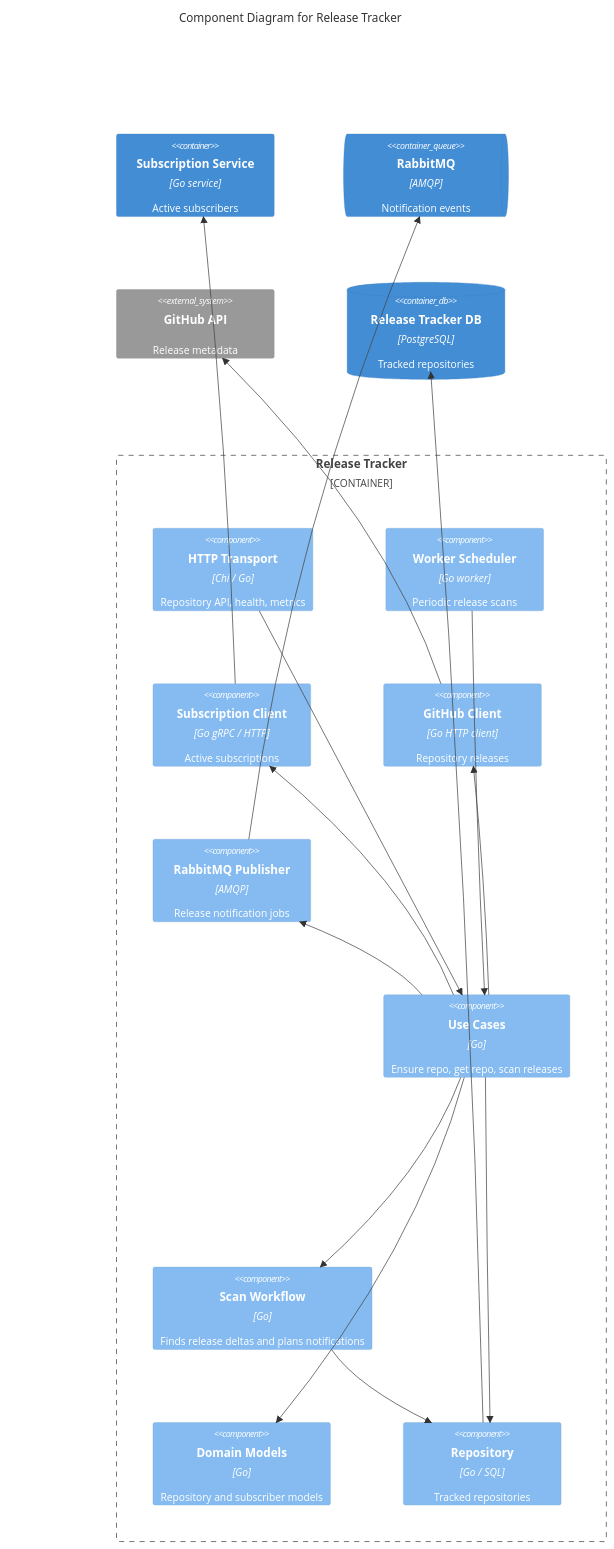
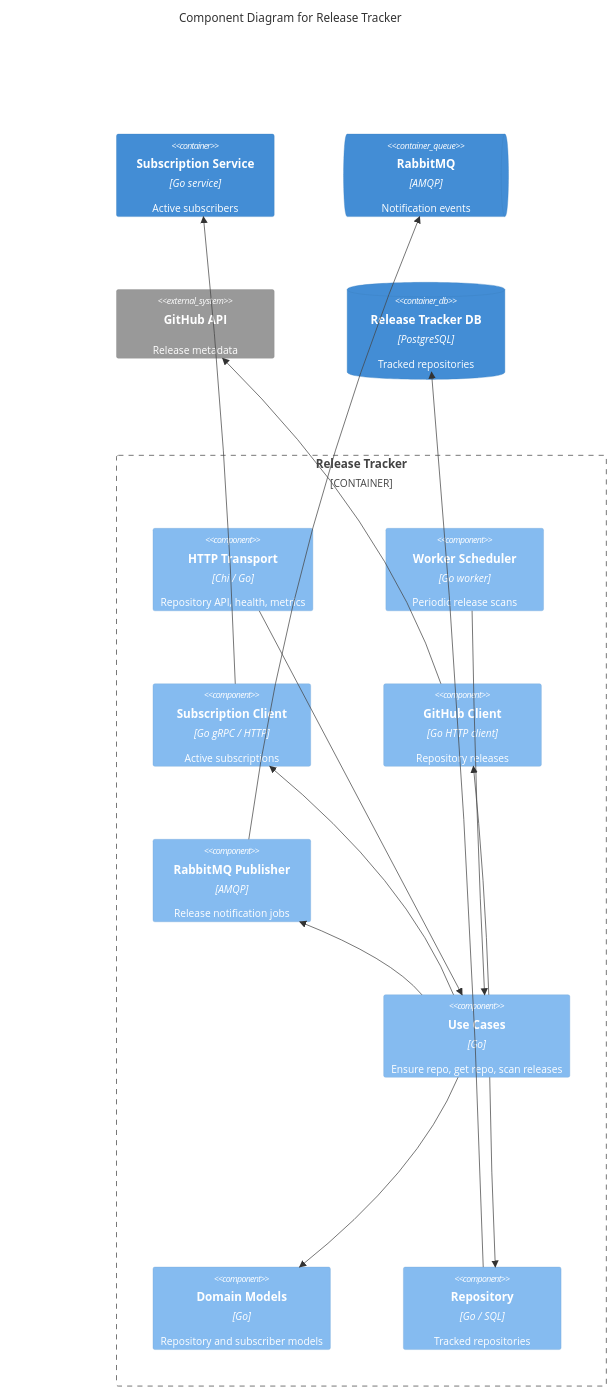
One commit to GenesisEducationKyiv/software-engineering-school-6-0-Oleg-amur changed the fourth of 5 diagrams in docs/architecture/architecture.md. Above: the diagram before and after it, drawn with Mermaid. The commit also changed other lines of this file and 4 other files, not shown here.

````diff
--- a/docs/architecture/architecture.md
+++ b/docs/architecture/architecture.md
@@ -173,48 +173,45 @@
 ```mermaid
 C4Component
     title Component Diagram for Release Tracker
 
     Container(subscription, "Subscription Service", "Go service", "Active subscribers")
     ContainerQueue(rabbitmq, "RabbitMQ", "AMQP", "Notification events")
     System_Ext(github, "GitHub API", "Release metadata")
 
     Container_Boundary(releaseTracker, "Release Tracker") {
         Component(httpTransport, "HTTP Transport", "Chi / Go", "Repository API, health, metrics")
         Component(scanner, "Worker Scheduler", "Go worker", "Periodic release scans")
         Component(subscriptionClient, "Subscription Client", "Go gRPC / HTTP", "Active subscriptions")
         Component(githubClient, "GitHub Client", "Go HTTP client", "Repository releases")
         Component(publisher, "RabbitMQ Publisher", "AMQP", "Release notification jobs")
 
         Component(releaseUsecaseSpacerLeft, " ", " ", " ")
         Component(releaseUsecaseSpacerMidLeft, " ", " ", " ")
         Component(usecases, "Use Cases", "Go", "Ensure repo, get repo, scan releases")
         Component(releaseUsecaseSpacerMidRight, " ", " ", " ")
         Component(releaseUsecaseSpacerRight, " ", " ", " ")
 
-        Component(scanWorkflow, "Scan Workflow", "Go", "Finds release deltas and plans notifications")
         Component(domain, "Domain Models", "Go", "Repository and subscriber models")
         Component(repository, "Repository", "Go / SQL", "Tracked repositories")
     }
 
     ContainerDb(releaseDb, "Release Tracker DB", "PostgreSQL", "Tracked repositories")
 
     Rel_D(httpTransport, usecases, "")
     Rel_D(scanner, usecases, "")
     Rel_D(subscriptionClient, subscription, "")
     Rel_D(githubClient, github, "")
     Rel_D(publisher, rabbitmq, "")
     Rel_R(usecases, domain, "")
-    Rel_D(usecases, scanWorkflow, "")
     Rel_D(usecases, repository, "")
-    Rel_D(scanWorkflow, repository, "")
     Rel_R(usecases, githubClient, "")
     Rel_D(usecases, subscriptionClient, "")
     Rel_R(usecases, publisher, "")
     Rel_D(repository, releaseDb, "")
 
     UpdateLayoutConfig($c4ShapeInRow="5", $c4BoundaryInRow="1")
     UpdateElementStyle(releaseUsecaseSpacerLeft, $bgColor="transparent", $fontColor="transparent", $borderColor="transparent")
     UpdateElementStyle(releaseUsecaseSpacerMidLeft, $bgColor="transparent", $fontColor="transparent", $borderColor="transparent")
     UpdateElementStyle(releaseUsecaseSpacerMidRight, $bgColor="transparent", $fontColor="transparent", $borderColor="transparent")
     UpdateElementStyle(releaseUsecaseSpacerRight, $bgColor="transparent", $fontColor="transparent", $borderColor="transparent")
 ```
````
